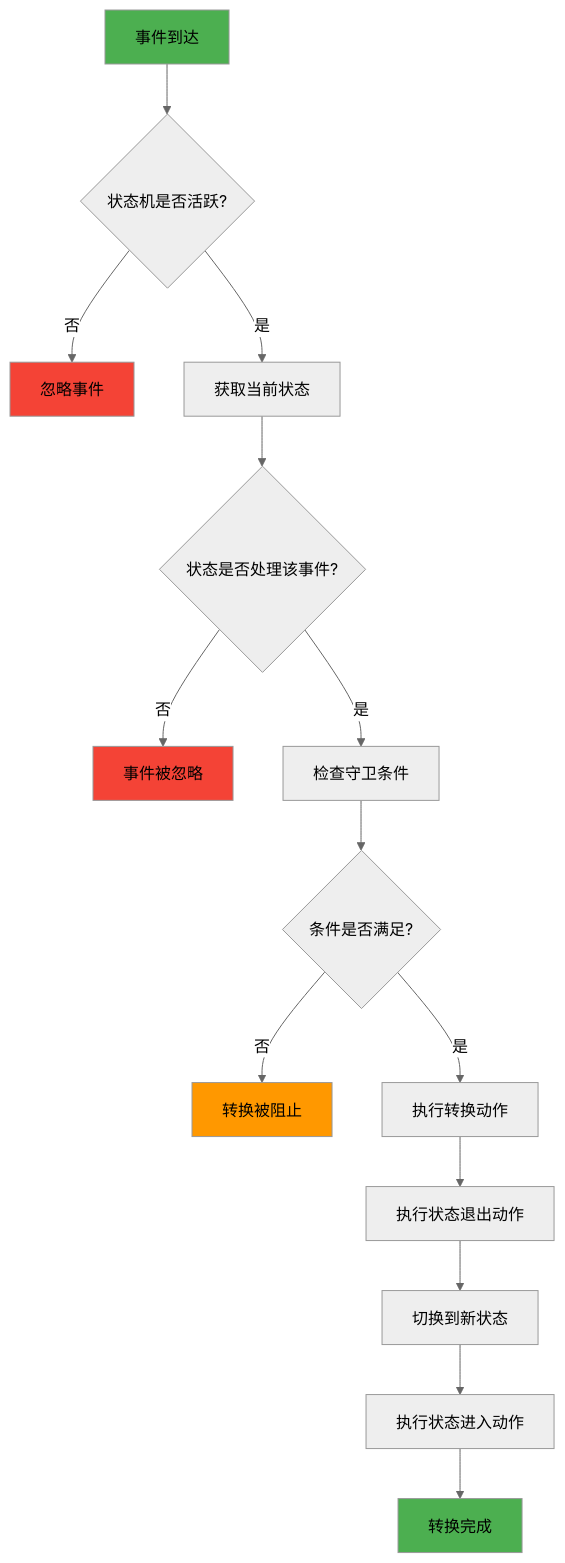
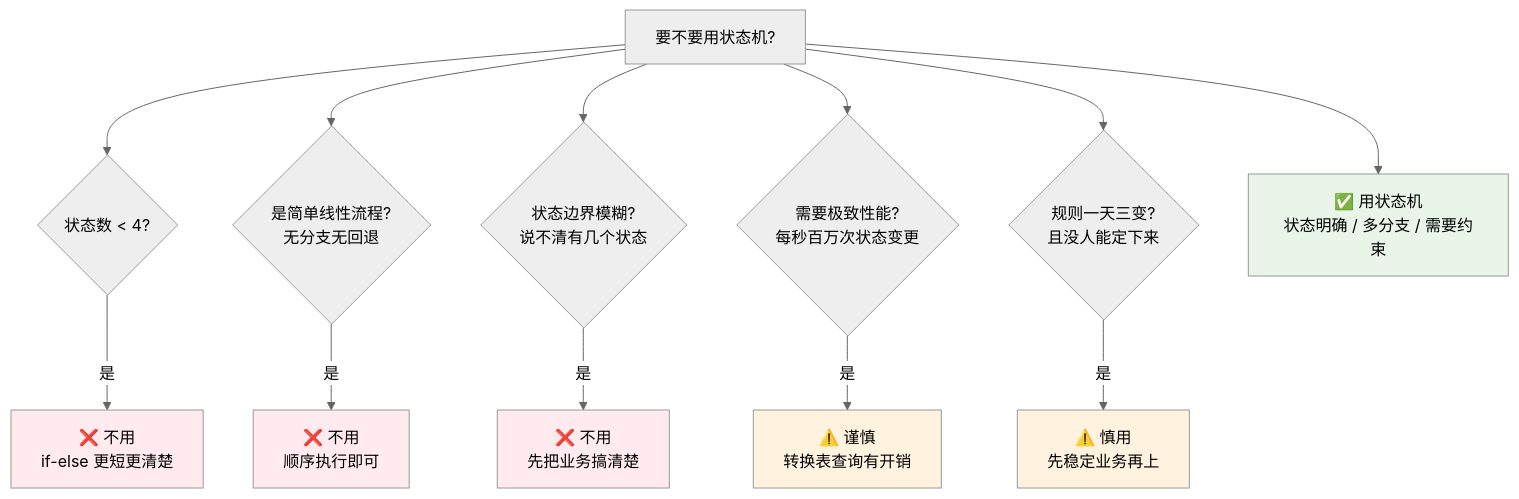
Before and after one commit to chongyang211/YCBookBlog: diagram 16 of 18 in 00.通用技术的提升/07.方案设计思想/6.研发的效能/28.状态机设计的思想.md, drawn with Mermaid (neutral theme). The commit also changed other lines of this file and 5 other files, not shown here.

````diff
--- a/00.通用技术的提升/07.方案设计思想/6.研发的效能/28.状态机设计的思想.md
+++ b/00.通用技术的提升/07.方案设计思想/6.研发的效能/28.状态机设计的思想.md
@@ -1262,25 +877,26 @@
 ```mermaid
-graph TD
-    A[事件到达] --> B{状态机是否活跃?}
-    B -->|否| C[忽略事件]
-    B -->|是| D[获取当前状态]
+flowchart TD
+    Q[要不要用状态机?] --> C1{状态数 < 4?}
+    C1 -->|是| No1[❌ 不用<br/>if-else 更短更清楚]
     
-    D --> E{状态是否处理该事件?}
-    E -->|否| F[事件被忽略]
-    E -->|是| G[检查守卫条件]
+    Q --> C2{是简单线性流程?<br/>无分支无回退}
+    C2 -->|是| No2[❌ 不用<br/>顺序执行即可]
     
-    G --> H{条件是否满足?}
-    H -->|否| I[转换被阻止]
-    H -->|是| J[执行转换动作]
+    Q --> C3{状态边界模糊?<br/>说不清有几个状态}
+    C3 -->|是| No3[❌ 不用<br/>先把业务搞清楚]
     
-    J --> K[执行状态退出动作]
-    K --> L[切换到新状态]
-    L --> M[执行状态进入动作]
-    M --> N[转换完成]
+    Q --> C4{需要极致性能?<br/>每秒百万次状态变更}
+    C4 -->|是| No4[⚠️ 谨慎<br/>转换表查询有开销]
     
-    style A fill:#4caf50
-    style N fill:#4caf50
-    style C fill:#f44336
-    style F fill:#f44336
-    style I fill:#ff9800
+    Q --> C5{规则一天三变?<br/>且没人能定下来}
+    C5 -->|是| No5[⚠️ 慎用<br/>先稳定业务再上]
+    
+    Q --> Yes[✅ 用状态机<br/>状态明确 / 多分支 / 需要约束]
+    
+    style No1 fill:#ffebee
+    style No2 fill:#ffebee
+    style No3 fill:#ffebee
+    style No4 fill:#fff3e0
+    style No5 fill:#fff3e0
+    style Yes fill:#e8f5e8
 ```
````
